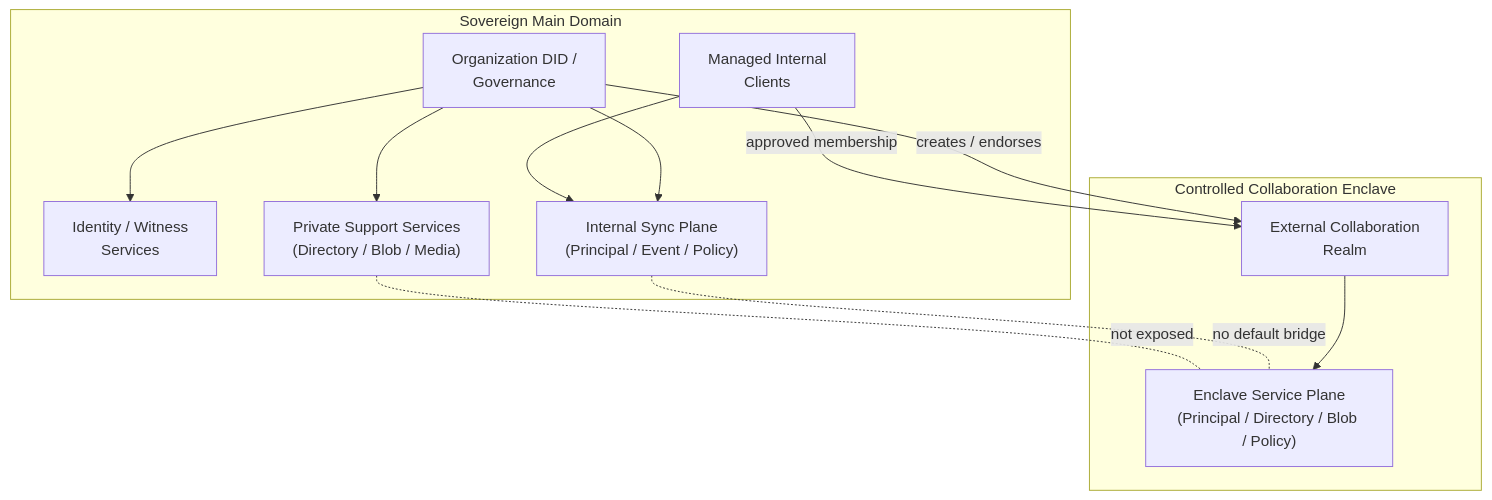
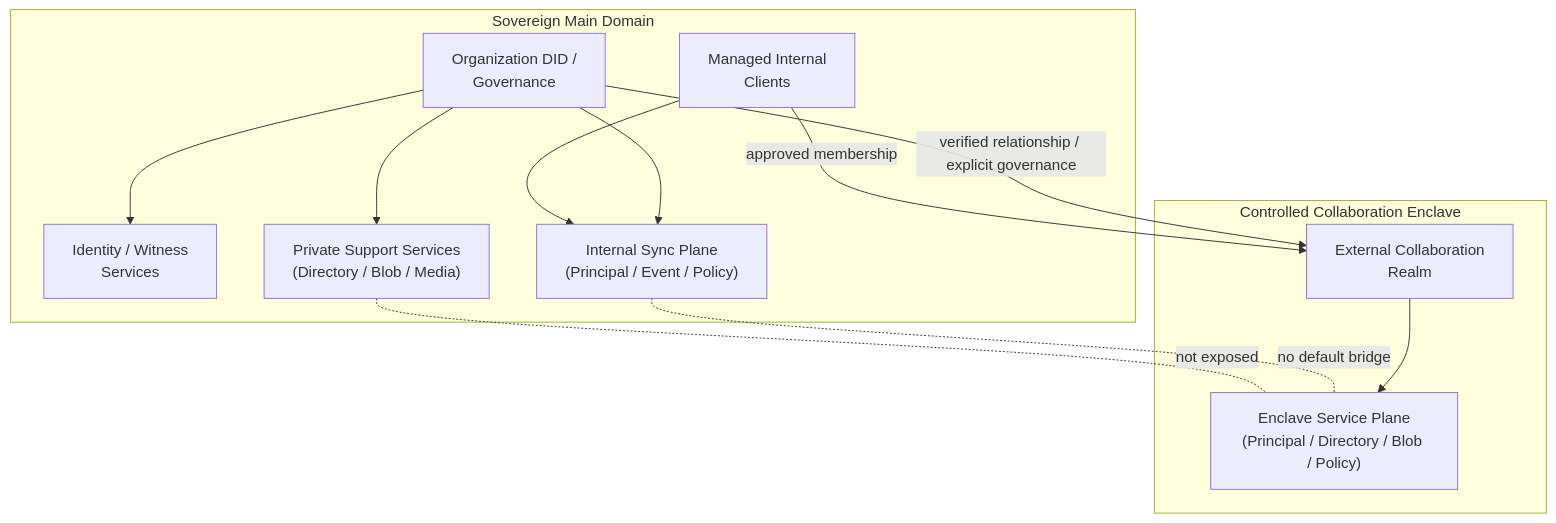
One commit to arkret-org/arkret-spec changed the first of 2 diagrams in spec/v1/zh/sync/sovereign-deployment.md. Above: the diagram before and after it, drawn with Mermaid. The commit also changed other lines of this file and 51 other files, not shown here.

````diff
--- a/spec/v1/zh/sync/sovereign-deployment.md
+++ b/spec/v1/zh/sync/sovereign-deployment.md
@@ -48,27 +48,27 @@
 ```mermaid
 flowchart TB
     subgraph "Sovereign Main Domain"
         ORG["Organization DID /<br/>Governance"]
         TRUST["Identity / Witness<br/>Services"]
         CORE["Internal Sync Plane<br/>(Principal / Event / Policy)"]
         SUPPORT["Private Support Services<br/>(Directory / Blob / Media)"]
         INTCLIENT["Managed Internal<br/>Clients"]
 
         ORG --> TRUST
         ORG --> CORE
         ORG --> SUPPORT
         INTCLIENT --> CORE
     end
 
     subgraph "Controlled Collaboration Enclave"
         ESPACE["External Collaboration<br/>Realm"]
         ESVC["Enclave Service Plane<br/>(Principal / Directory / Blob / Policy)"]
 
         ESPACE --> ESVC
     end
 
-    ORG -->|"creates / endorses"| ESPACE
+    ORG -->|"verified relationship / explicit governance"| ESPACE
     INTCLIENT -->|"approved membership"| ESPACE
     CORE -. "no default bridge" .- ESVC
     SUPPORT -. "not exposed" .- ESVC
 ```
````
